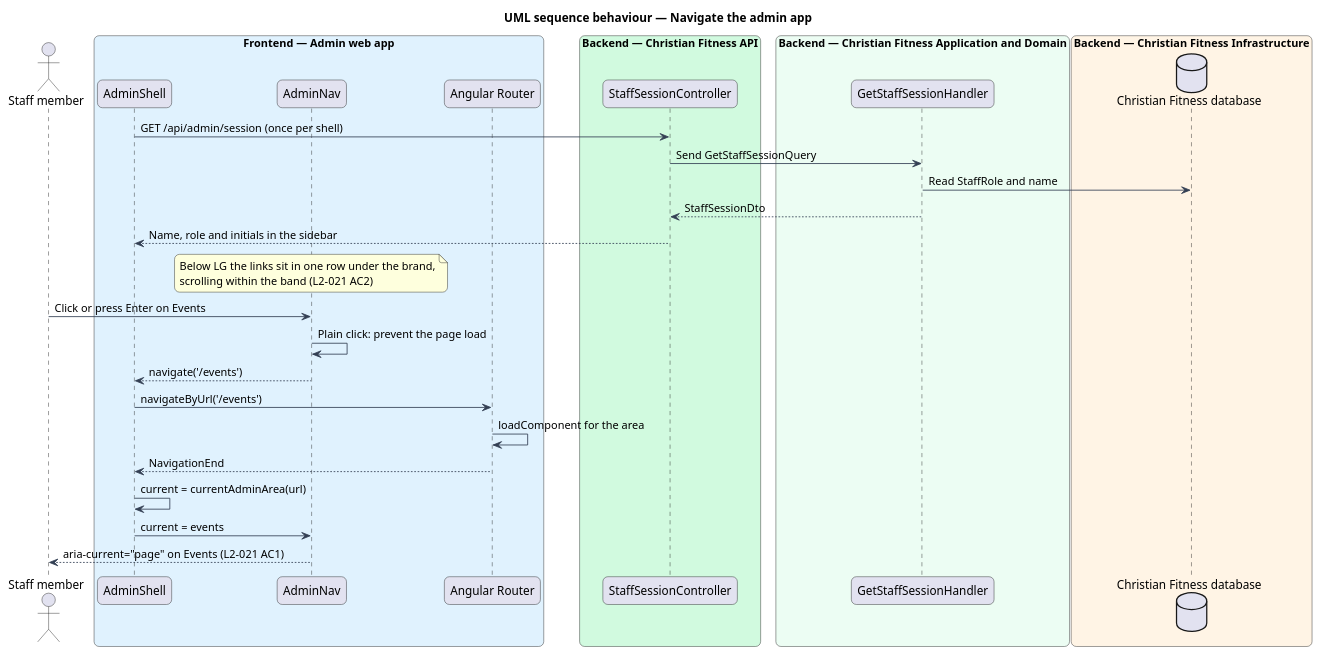
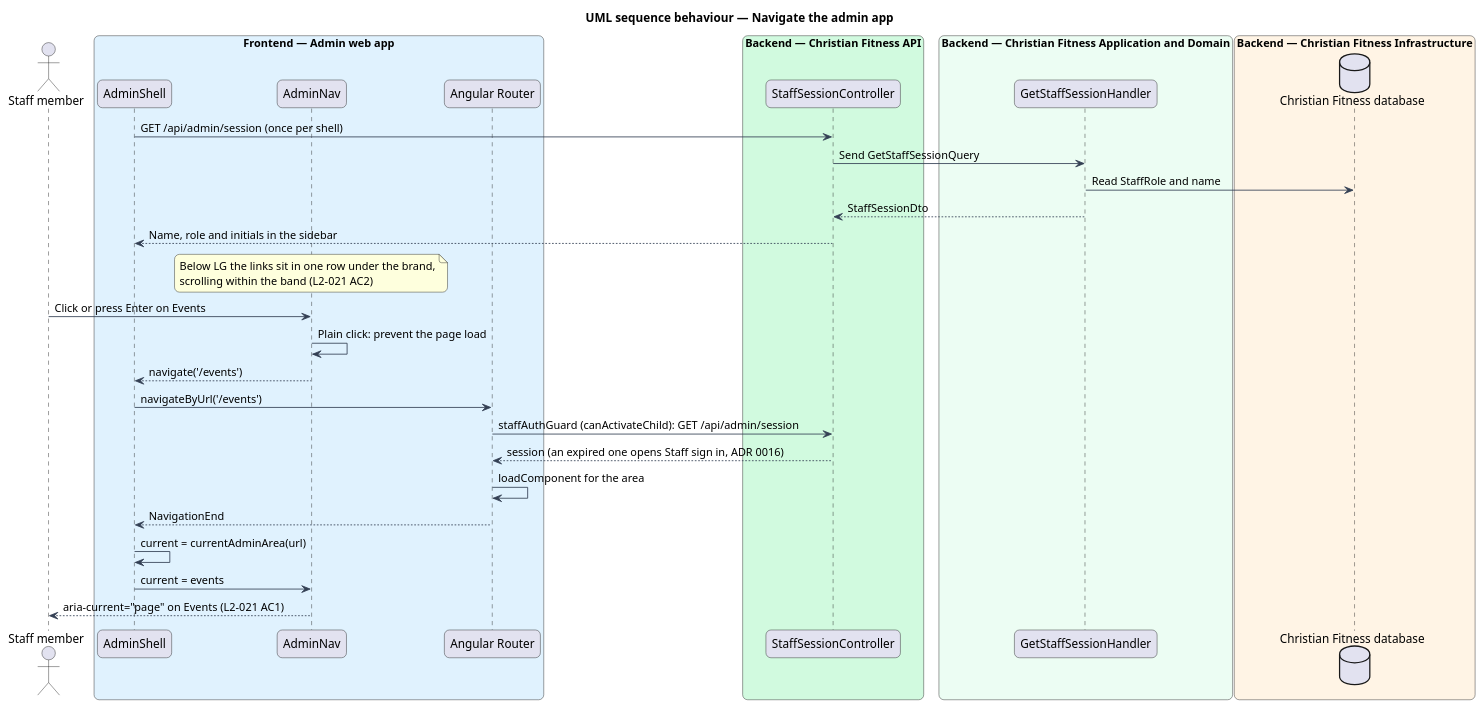
One commit to QuinntyneBrown/christian-fitness changed the diagram in docs/detailed-designs/admin-access/navigate-admin-app/diagrams/sequence-navigate.puml. Above: the diagram before and after it, drawn with PlantUML. The commit also changed 92 other files, not shown here.

```diff
--- a/docs/detailed-designs/admin-access/navigate-admin-app/diagrams/sequence-navigate.puml
+++ b/docs/detailed-designs/admin-access/navigate-admin-app/diagrams/sequence-navigate.puml
@@ -1,47 +1,49 @@
 @startuml
 title UML sequence behaviour — Navigate the admin app
 skinparam backgroundColor #FFFFFF
 skinparam shadowing false
 skinparam roundcorner 12
 skinparam defaultFontName Arial
 skinparam ArrowColor #344054
 skinparam rectangle {
   BorderColor #344054
   FontColor #101828
 }
 skinparam package {
   BorderColor #667085
   FontColor #101828
   BackgroundColor #F9FAFB
 }
 actor "Staff member" as actor
 box "Frontend — Admin web app" #E0F2FE
   participant "AdminShell" as shell
   participant "AdminNav" as nav
   participant "Angular Router" as router
 end box
 box "Backend — Christian Fitness API" #D1FADF
   participant "StaffSessionController" as ctrl
 end box
 box "Backend — Christian Fitness Application and Domain" #ECFDF3
   participant "GetStaffSessionHandler" as handler
 end box
 box "Backend — Christian Fitness Infrastructure" #FFF4E5
   database "Christian Fitness database" as db
 end box
 shell -> ctrl : GET /api/admin/session (once per shell)
 ctrl -> handler : Send GetStaffSessionQuery
 handler -> db : Read StaffRole and name
 handler --> ctrl : StaffSessionDto
 ctrl --> shell : Name, role and initials in the sidebar
 note over nav : Below LG the links sit in one row under the brand,\nscrolling within the band (L2-021 AC2)
 actor -> nav : Click or press Enter on Events
 nav -> nav : Plain click: prevent the page load
 nav --> shell : navigate('/events')
 shell -> router : navigateByUrl('/events')
+router -> ctrl : staffAuthGuard (canActivateChild): GET /api/admin/session
+ctrl --> router : session (an expired one opens Staff sign in, ADR 0016)
 router -> router : loadComponent for the area
 router --> shell : NavigationEnd
 shell -> shell : current = currentAdminArea(url)
 shell -> nav : current = events
 nav --> actor : aria-current="page" on Events (L2-021 AC1)
 @enduml
```
